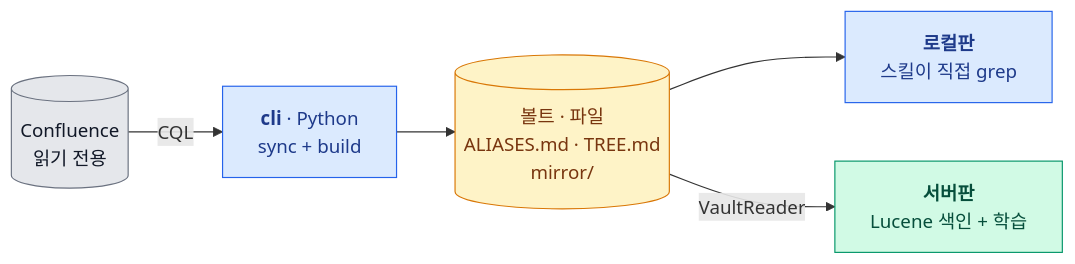
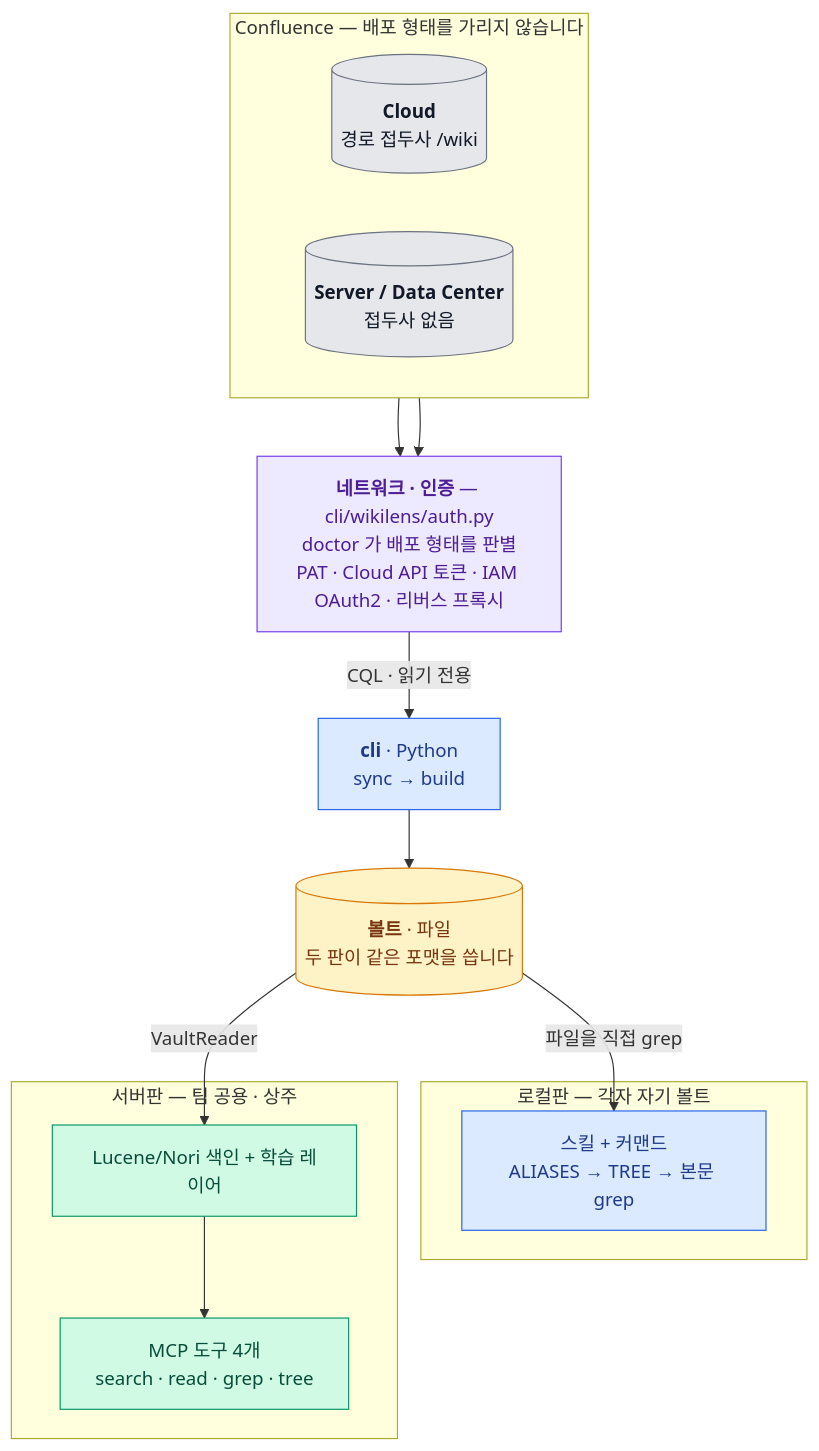
Before and after one commit to mukansei/wikilens: the first of 2 diagrams in README.md, drawn with Mermaid. The commit also changed other lines of this file, not shown here.

First paragraph of the commit message:
docs: 다이어그램에 두 판 구분과 Confluence 계층 반영
Two changes asked for together.

````diff
--- a/README.md
+++ b/README.md
@@ -50,21 +50,39 @@
 ```mermaid
-flowchart LR
-    CONF[("Confluence<br/>읽기 전용")]
-    CLI["<b>cli</b> · Python<br/>sync + build"]
-    VAULT[("볼트 · 파일<br/>ALIASES.md · TREE.md<br/>mirror/")]
-    LOCAL["<b>로컬판</b><br/>스킬이 직접 grep"]
-    SRV["<b>서버판</b><br/>Lucene 색인 + 학습"]
+flowchart TB
+    subgraph CONF["Confluence — 배포 형태를 가리지 않습니다"]
+        direction LR
+        CLOUD[("<b>Cloud</b><br/>경로 접두사 /wiki")]
+        DC[("<b>Server / Data Center</b><br/>접두사 없음")]
+    end
 
-    CONF -->|CQL| CLI --> VAULT
-    VAULT --> LOCAL
-    VAULT -->|VaultReader| SRV
+    NET["<b>네트워크 · 인증</b> — cli/wikilens/auth.py<br/>doctor 가 배포 형태를 판별<br/>PAT · Cloud API 토큰 · IAM OAuth2 · 리버스 프록시"]
+
+    CLI["<b>cli</b> · Python<br/>sync → build"]
+    VAULT[("<b>볼트</b> · 파일<br/>두 판이 같은 포맷을 씁니다")]
+
+    subgraph L["로컬판 — 각자 자기 볼트"]
+        LSKILL["스킬 + 커맨드<br/>ALIASES → TREE → 본문 grep"]
+    end
+
+    subgraph S["서버판 — 팀 공용 · 상주"]
+        IDX["Lucene/Nori 색인 + 학습 레이어"]
+        MCP["MCP 도구 4개<br/>search · read · grep · tree"]
+    end
+
+    CLOUD --> NET
+    DC --> NET
+    NET -->|CQL · 읽기 전용| CLI --> VAULT
+    VAULT -->|"파일을 직접 grep"| LSKILL
+    VAULT -->|VaultReader| IDX --> MCP
 
     classDef ext fill:#e5e7eb,stroke:#6b7280,color:#111827
+    classDef net fill:#ede9fe,stroke:#7c3aed,color:#4c1d95
     classDef py fill:#dbeafe,stroke:#2563eb,color:#1e3a8a
     classDef kt fill:#d1fae5,stroke:#059669,color:#064e3b
     classDef st fill:#fef3c7,stroke:#d97706,color:#78350f
-    class CONF ext
-    class CLI,LOCAL py
-    class SRV kt
+    class CLOUD,DC ext
+    class NET net
+    class CLI,LSKILL py
+    class IDX,MCP kt
     class VAULT st
 ```
````
